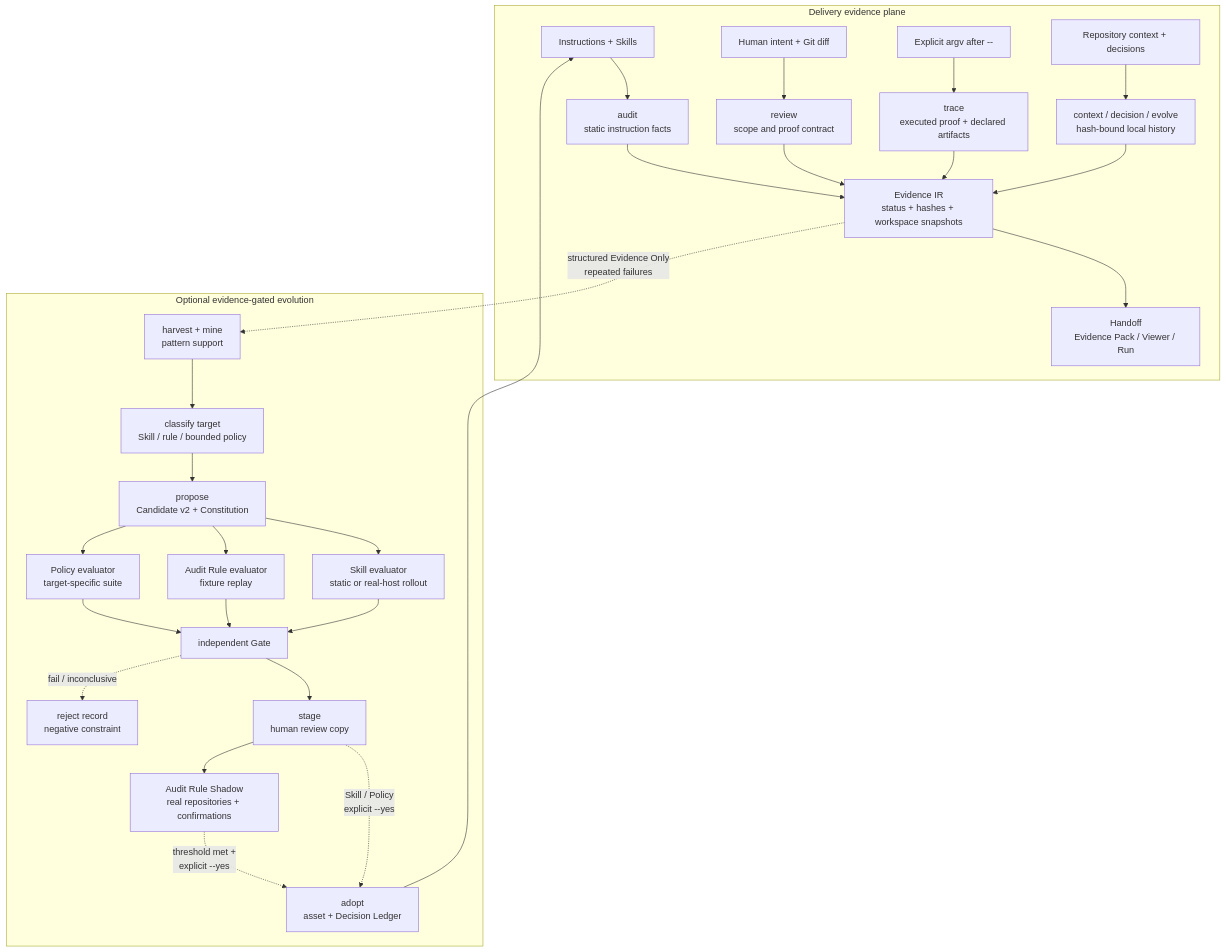
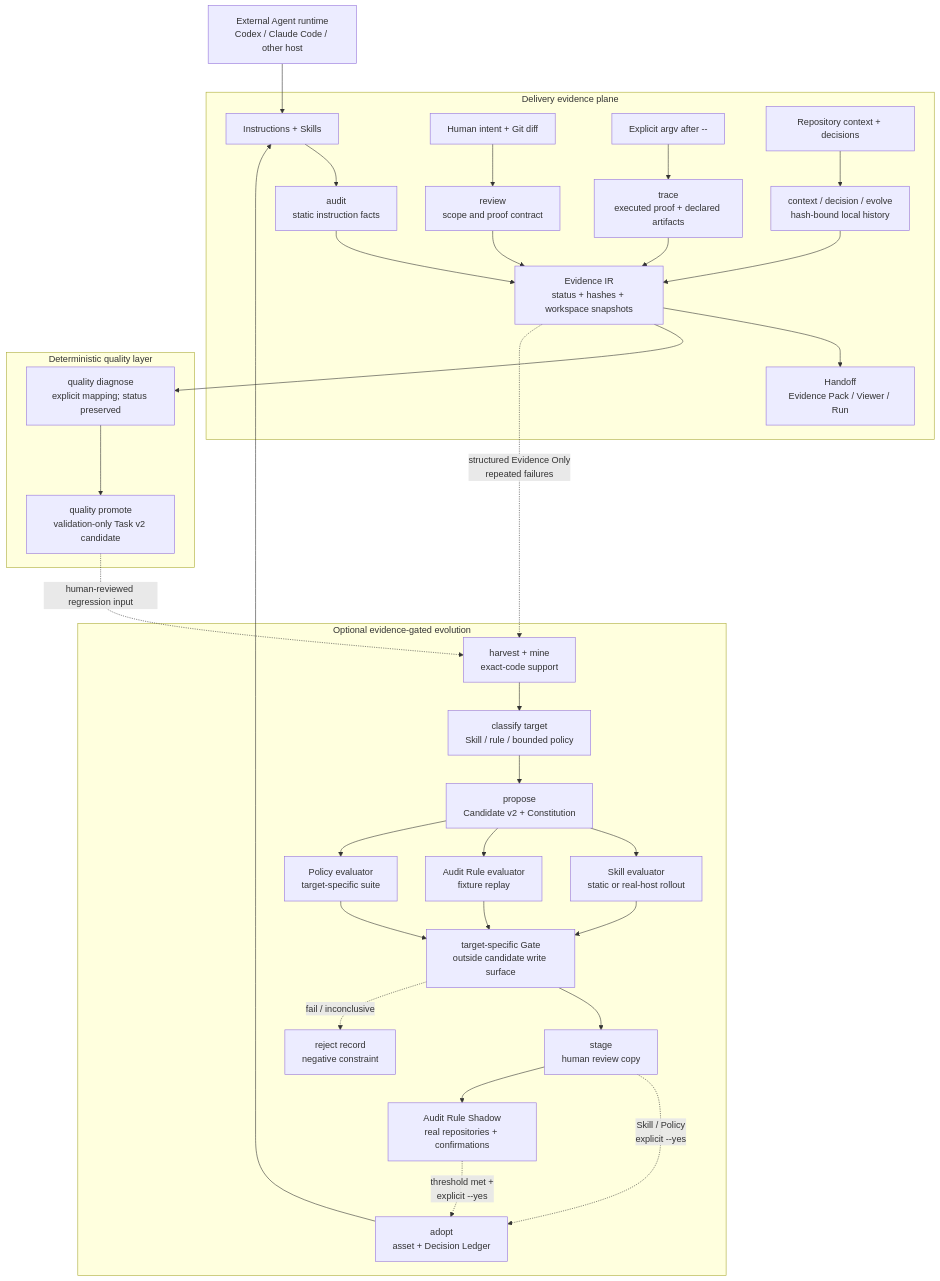
One commit to AdvancingTitans/agent-engineering-toolkit changed the diagram in README.md. Above: the diagram before and after it, drawn with Mermaid. The commit also changed other lines of this file and 70 other files, not shown here.

Commit message:
feat: add evidence-driven quality plane

````diff
--- a/README.md
+++ b/README.md
@@ -178,33 +197,40 @@
 ```mermaid
 flowchart TB
+  X["External Agent runtime\nCodex / Claude Code / other host"] --> A
   subgraph delivery["Delivery evidence plane"]
     A["Instructions + Skills"] --> B["audit\nstatic instruction facts"]
     C["Human intent + Git diff"] --> D["review\nscope and proof contract"]
     E["Explicit argv after --"] --> F["trace\nexecuted proof + declared artifacts"]
     G["Repository context + decisions"] --> H["context / decision / evolve\nhash-bound local history"]
     B --> I["Evidence IR\nstatus + hashes + workspace snapshots"]
     D --> I
     F --> I
     H --> I
     I --> J["Handoff\nEvidence Pack / Viewer / Run"]
   end
 
+  subgraph quality["Deterministic quality layer"]
+    I --> W["quality diagnose\nexplicit mapping; status preserved"]
+    W --> Y["quality promote\nvalidation-only Task v2 candidate"]
+  end
+
   subgraph learning["Optional evidence-gated evolution"]
-    I -. "structured Evidence Only\nrepeated failures" .-> K["harvest + mine\npattern support"]
+    I -. "structured Evidence Only\nrepeated failures" .-> K["harvest + mine\nexact-code support"]
+    Y -. "human-reviewed regression input" .-> K
     K --> L["classify target\nSkill / rule / bounded policy"]
     L --> M["propose\nCandidate v2 + Constitution"]
     M --> S["Skill evaluator\nstatic or real-host rollout"]
     M --> R["Audit Rule evaluator\nfixture replay"]
     M --> U["Policy evaluator\ntarget-specific suite"]
-    S --> N["independent Gate"]
+    S --> N["target-specific Gate\noutside candidate write surface"]
     R --> N
     U --> N
     N --> O["stage\nhuman review copy"]
     O -. "Skill / Policy\nexplicit --yes" .-> P["adopt\nasset + Decision Ledger"]
     O --> V["Audit Rule Shadow\nreal repositories + confirmations"]
     V -. "threshold met +\nexplicit --yes" .-> P
     N -. "fail / inconclusive" .-> Q["reject record\nnegative constraint"]
   end
 
   P --> A
 ```
````
